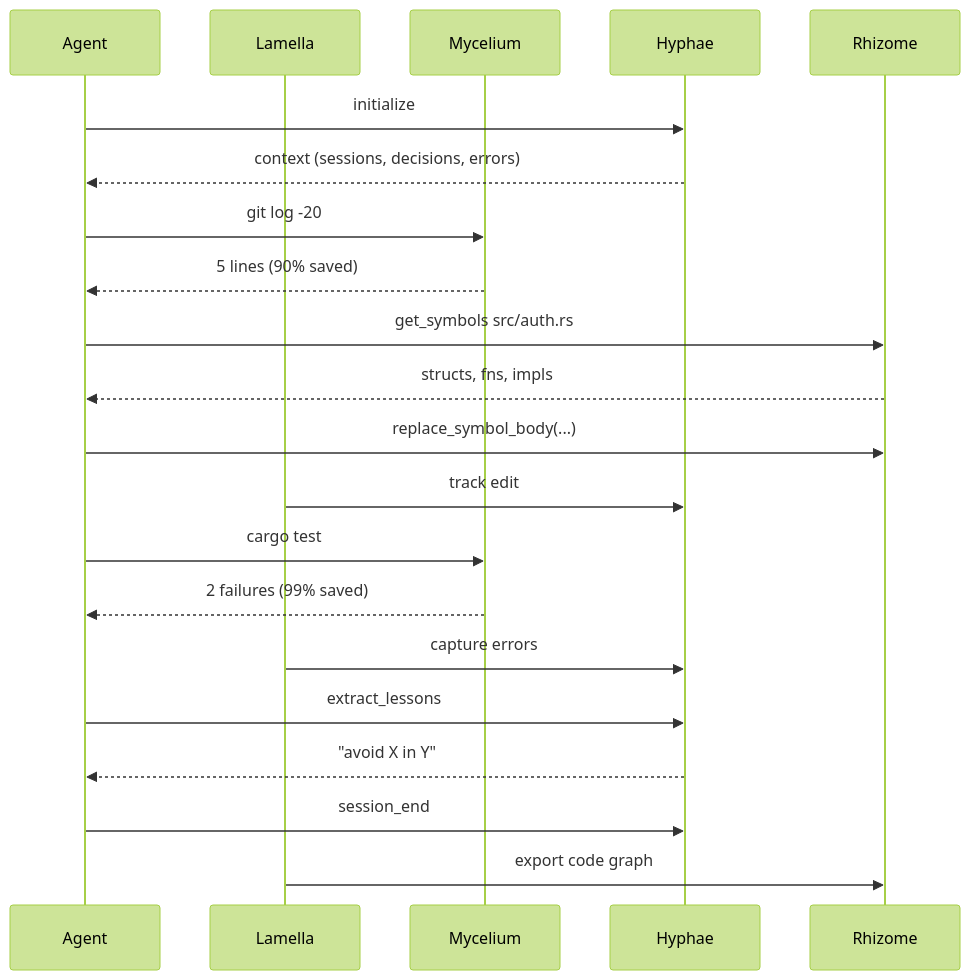
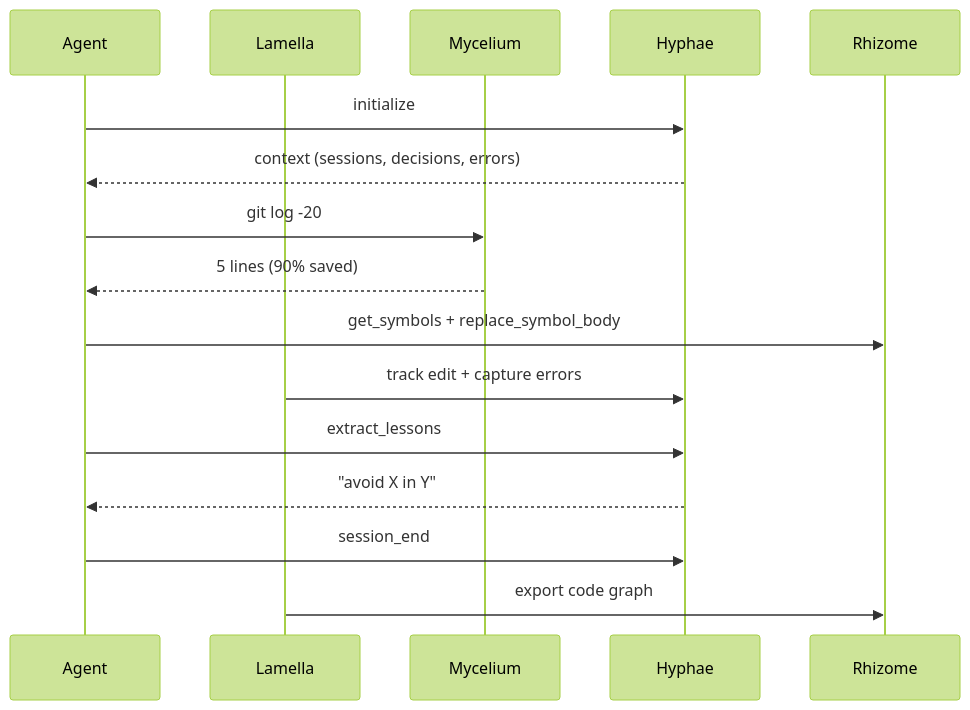
Before and after one commit to basidiocarp/.github: the fourth of 4 diagrams in profile/README.md, drawn with Mermaid (forest theme). The commit also changed other lines of this file, not shown here.

````diff
--- a/profile/README.md
+++ b/profile/README.md
@@ -145,24 +128,19 @@
 ```mermaid
 sequenceDiagram
     participant A as Agent
     participant L as Lamella
     participant M as Mycelium
     participant H as Hyphae
     participant R as Rhizome
 
     A->>H: initialize
     H-->>A: context (sessions, decisions, errors)
     A->>M: git log -20
     M-->>A: 5 lines (90% saved)
-    A->>R: get_symbols src/auth.rs
-    R-->>A: structs, fns, impls
-    A->>R: replace_symbol_body(...)
-    L->>H: track edit
-    A->>M: cargo test
-    M-->>A: 2 failures (99% saved)
-    L->>H: capture errors
+    A->>R: get_symbols + replace_symbol_body
+    L->>H: track edit + capture errors
     A->>H: extract_lessons
     H-->>A: "avoid X in Y"
     A->>H: session_end
     L->>R: export code graph
 ```
````
